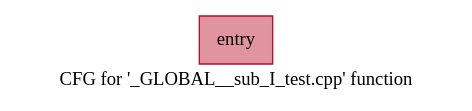
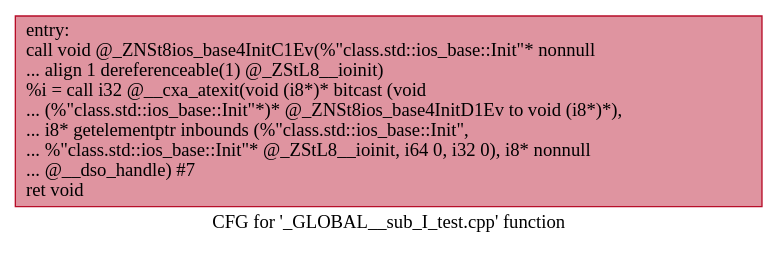
One commit to HPSSA-LLVM/HPSSA-LLVM changed the diagram in IR/cfg/._GLOBAL__sub_I_test.cpp.dot. Above: the diagram before and after it, drawn with Graphviz. The commit also changed 5 other files, not shown here.

```diff
--- a/IR/cfg/._GLOBAL__sub_I_test.cpp.dot
+++ b/IR/cfg/._GLOBAL__sub_I_test.cpp.dot
@@ -1,5 +1,5 @@
 digraph "CFG for '_GLOBAL__sub_I_test.cpp' function" {
 	label="CFG for '_GLOBAL__sub_I_test.cpp' function";
 
-	Node0x55fedea788b0 [shape=record,color="#b70d28ff", style=filled, fillcolor="#b70d2870",label="{entry}"];
+	Node0x5594aeb73570 [shape=record,color="#b70d28ff", style=filled, fillcolor="#b70d2870",label="{entry:\l  call void @_ZNSt8ios_base4InitC1Ev(%\"class.std::ios_base::Init\"* nonnull\l... align 1 dereferenceable(1) @_ZStL8__ioinit)\l  %i = call i32 @__cxa_atexit(void (i8*)* bitcast (void\l... (%\"class.std::ios_base::Init\"*)* @_ZNSt8ios_base4InitD1Ev to void (i8*)*),\l... i8* getelementptr inbounds (%\"class.std::ios_base::Init\",\l... %\"class.std::ios_base::Init\"* @_ZStL8__ioinit, i64 0, i32 0), i8* nonnull\l... @__dso_handle) #7\l  ret void\l}"];
 }
```
